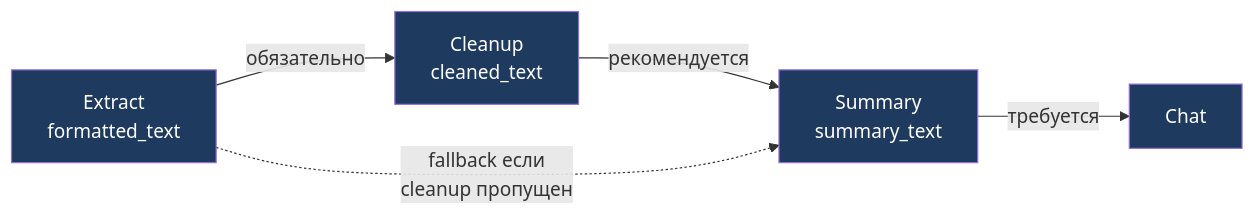
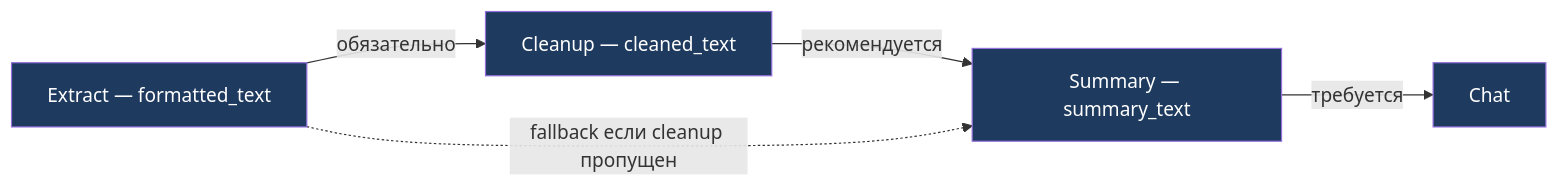
Before and after one commit to ioncat/yt-summarizer: the sixth of 6 diagrams in docs/system-behavior.md, drawn with Mermaid. The commit also changed other lines of this file and 3 other files, not shown here.

````diff
--- a/docs/system-behavior.md
+++ b/docs/system-behavior.md
@@ -168,13 +168,13 @@
 ```mermaid
 flowchart LR
-    EX[Extract\nformatted_text] -->|обязательно| CL[Cleanup\ncleaned_text]
-    CL -->|рекомендуется| SM[Summary\nsummary_text]
+    EX["Extract — formatted_text"] -->|обязательно| CL["Cleanup — cleaned_text"]
+    CL -->|рекомендуется| SM["Summary — summary_text"]
     SM -->|требуется| CH[Chat]
 
-    EX -.->|fallback если\ncleanup пропущен| SM
+    EX -.->|"fallback если cleanup пропущен"| SM
 
     style EX fill:#1e3a5f,color:#fff
     style CL fill:#1e3a5f,color:#fff
     style SM fill:#1e3a5f,color:#fff
     style CH fill:#1e3a5f,color:#fff
 ```
````
